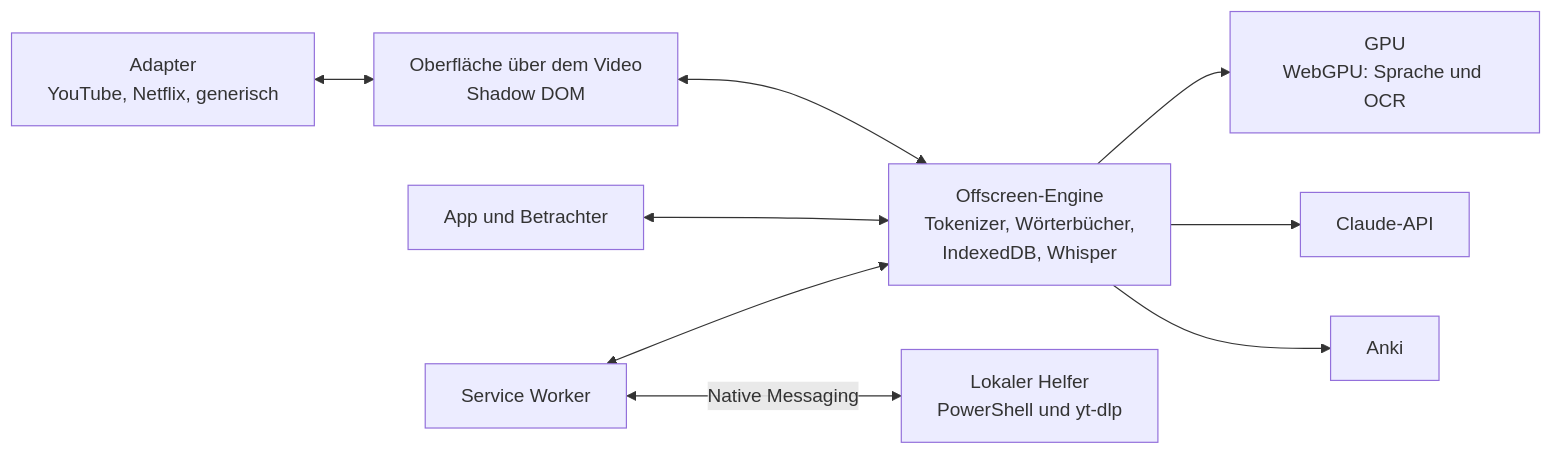
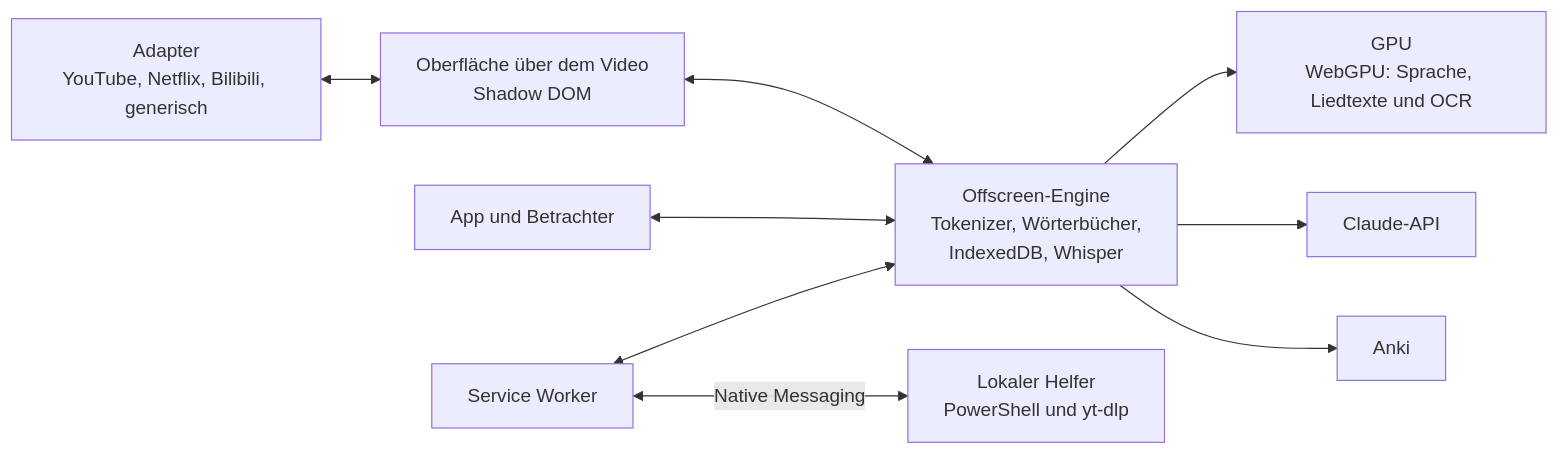
Before and after one commit to Eliam4510/kotonoha: the second of 2 diagrams in README.de.md, drawn with Mermaid. The commit also changed other lines of this file and 21 other files, not shown here.

````diff
--- a/README.de.md
+++ b/README.de.md
@@ -244,11 +241,11 @@
 ```mermaid
 flowchart LR
-  P["Adapter<br/>YouTube, Netflix, generisch"] <--> C["Oberfläche über dem Video<br/>Shadow DOM"]
+  P["Adapter<br/>YouTube, Netflix, Bilibili, generisch"] <--> C["Oberfläche über dem Video<br/>Shadow DOM"]
   C <--> M["Offscreen-Engine<br/>Tokenizer, Wörterbücher,<br/>IndexedDB, Whisper"]
   A["App und Betrachter"] <--> M
-  M --> G["GPU<br/>WebGPU: Sprache und OCR"]
+  M --> G["GPU<br/>WebGPU: Sprache, Liedtexte und OCR"]
   M --> CL["Claude-API"]
   M --> AN["Anki"]
   S["Service Worker"] <--> M
   S <-->|Native Messaging| H["Lokaler Helfer<br/>PowerShell und yt-dlp"]
 ```
````
